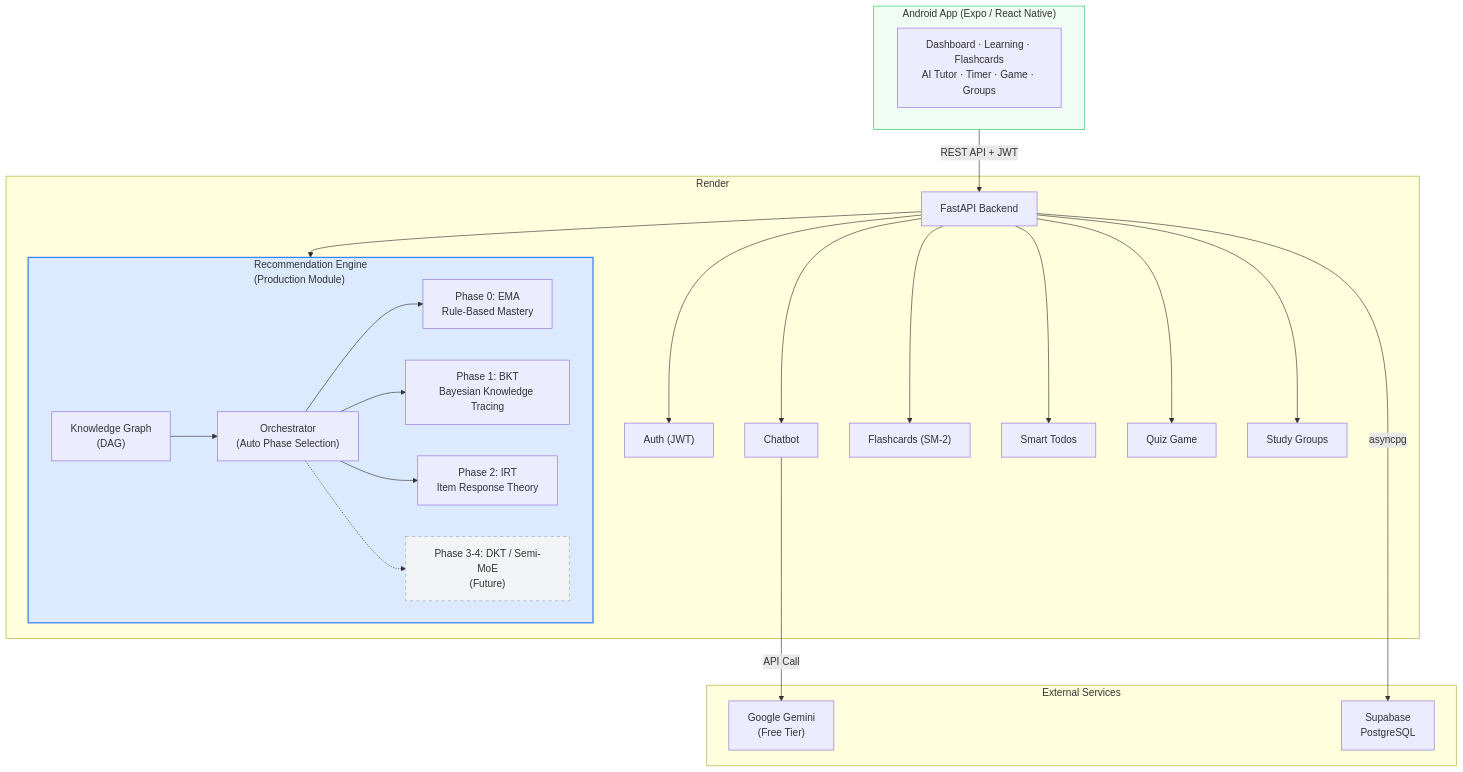
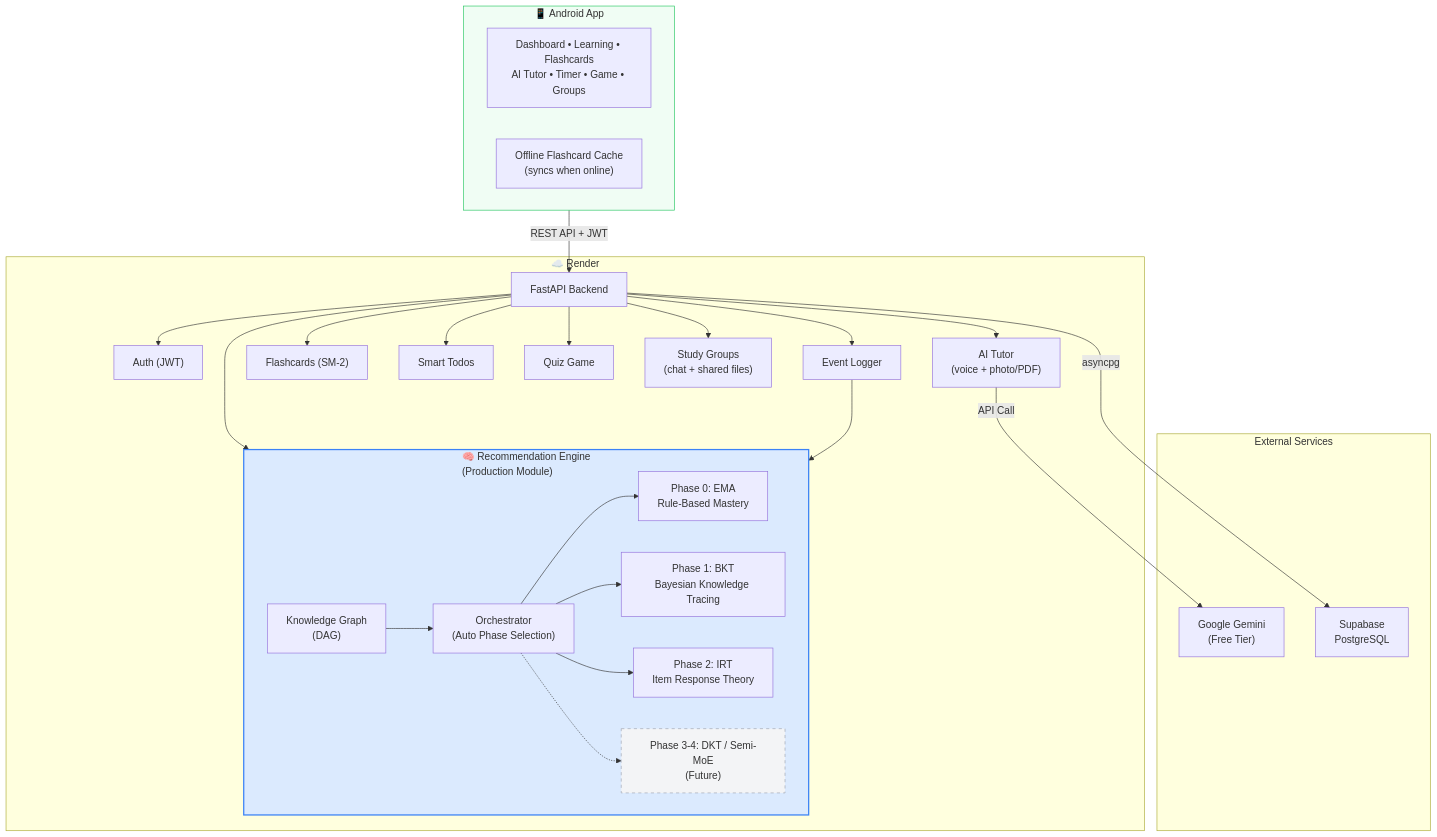
Before and after one commit to adarsh-67r/Anvesh: the first of 3 diagrams in README.md, drawn with Mermaid. The commit also changed 1 other file, not shown here.

Commit message:
Sync README and diagrams doc with the updated architecture and user flow

````diff
--- a/README.md
+++ b/README.md
@@ -68,49 +68,53 @@
 ```mermaid
 flowchart TB
-    subgraph Client["Android App (Expo / React Native)"]
-        FE["Dashboard · Learning · Flashcards<br/>AI Tutor · Timer · Game · Groups"]
+    subgraph Client["📱 Android App"]
+        FE["Dashboard • Learning • Flashcards<br/>AI Tutor • Timer • Game • Groups"]
+        CACHE["Offline Flashcard Cache<br/>(syncs when online)"]
     end
 
-    subgraph Render["Render"]
+    subgraph Render["☁️ Render"]
         API["FastAPI Backend"]
-        subgraph RecEngine["Recommendation Engine<br/>(Production Module)"]
+        subgraph RecEngine["🧠 Recommendation Engine<br/>(Production Module)"]
             KG["Knowledge Graph<br/>(DAG)"]
             ORC["Orchestrator<br/>(Auto Phase Selection)"]
             EMA["Phase 0: EMA<br/>Rule-Based Mastery"]
             BKT["Phase 1: BKT<br/>Bayesian Knowledge Tracing"]
             IRT["Phase 2: IRT<br/>Item Response Theory"]
             FUTURE["Phase 3-4: DKT / Semi-MoE<br/>(Future)"]
         end
         AUTH["Auth (JWT)"]
-        CHAT["Chatbot"]
+        CHAT["AI Tutor<br/>(voice + photo/PDF)"]
         FLASH["Flashcards (SM-2)"]
         TODOS["Smart Todos"]
         GAME["Quiz Game"]
-        GROUPS["Study Groups"]
+        GROUPS["Study Groups<br/>(chat + shared files)"]
+        EVENTS["Event Logger"]
     end
 
     subgraph External["External Services"]
         GEMINI["Google Gemini<br/>(Free Tier)"]
         SUPA["Supabase<br/>PostgreSQL"]
     end
 
     Client -->|REST API + JWT| API
     API --> RecEngine
     API --> AUTH
     API --> CHAT
     API --> FLASH
     API --> TODOS
     API --> GAME
     API --> GROUPS
+    API --> EVENTS
+    EVENTS --> RecEngine
     ORC --> EMA
     ORC --> BKT
     ORC --> IRT
     ORC -.-> FUTURE
     KG --> ORC
     CHAT -->|API Call| GEMINI
     API -->|asyncpg| SUPA
 
     style RecEngine fill:#dbeafe,stroke:#3b82f6,stroke-width:2px
     style FUTURE fill:#f3f4f6,stroke:#9ca3af,stroke-dasharray: 5 5
     style Client fill:#f0fdf4,stroke:#22c55e
 ```
````
